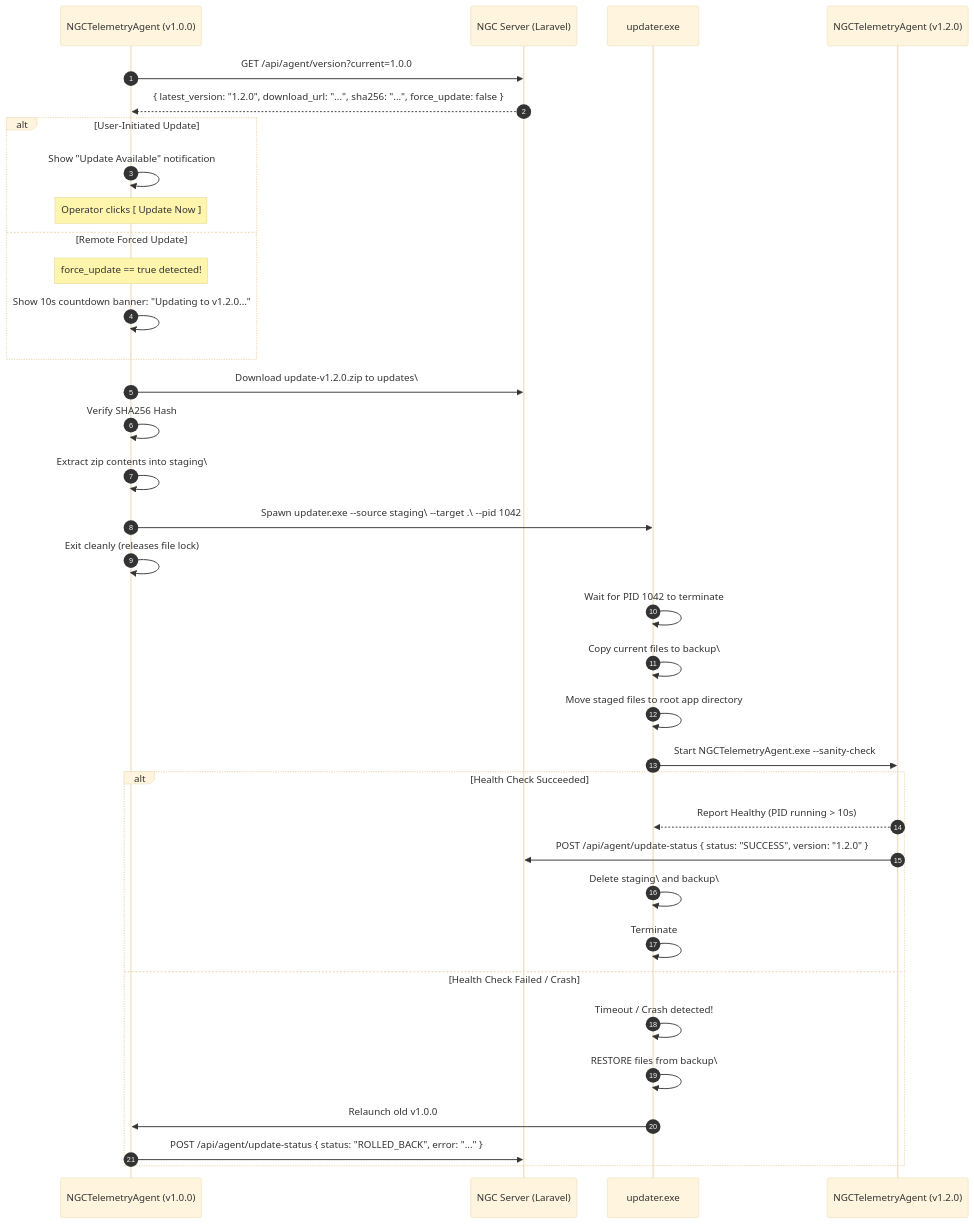
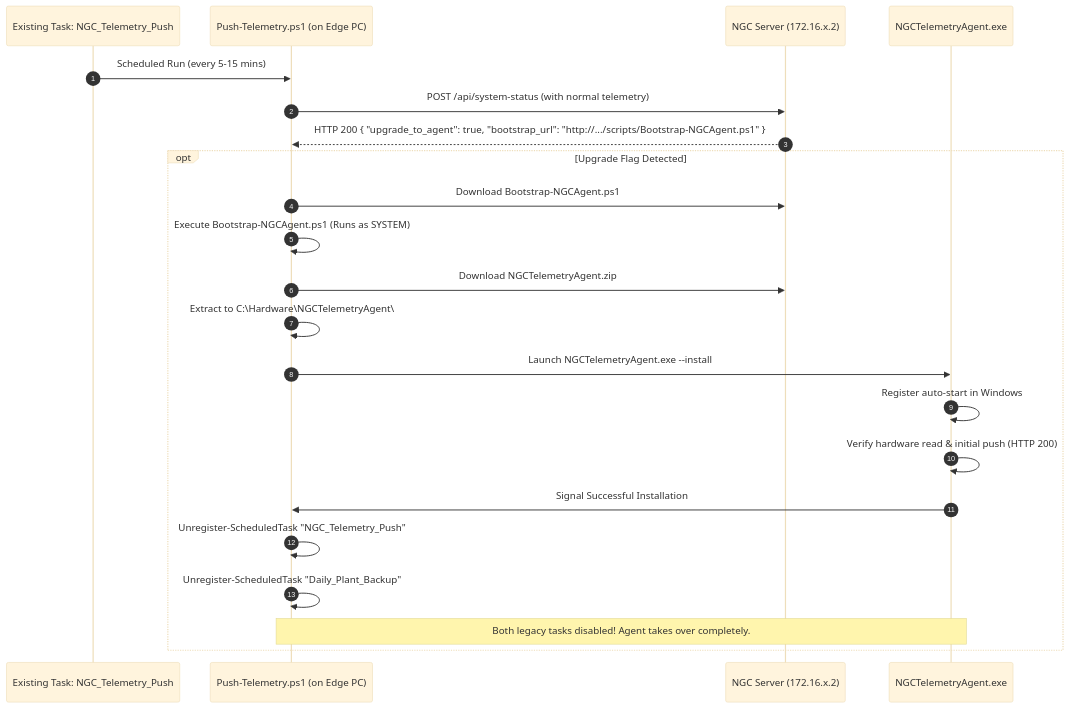
Before and after one commit to mirulaan/NGCDashboard: the diagram in plan.md, drawn with Mermaid (base theme). The commit also changed other lines of this file and 15 other files, not shown here.

First line of the commit message:
feat: add zero-touch fleet rollout, daily backup integration, and C# agent foundation

````diff
--- a/plan.md
+++ b/plan.md
@@ -210,42 +221,26 @@
 ```mermaid
 sequenceDiagram
     autonumber
-    participant App as NGCTelemetryAgent (v1.0.0)
-    participant Server as NGC Server (Laravel)
-    participant Updater as updater.exe
-    participant NewApp as NGCTelemetryAgent (v1.2.0)
+    participant Task as Existing Task: NGC_Telemetry_Push
+    participant Script as Push-Telemetry.ps1 (on Edge PC)
+    participant Server as NGC Server (172.16.x.2)
+    participant Agent as NGCTelemetryAgent.exe
 
-    App->>Server: GET /api/agent/version?current=1.0.0
-    Server-->>App: { latest_version: "1.2.0", download_url: "...", sha256: "...", force_update: false }
-    
-    alt User-Initiated Update
-        App->>App: Show "Update Available" notification
-        Note over App: Operator clicks [ Update Now ]
-    else Remote Forced Update
-        Note over App: force_update == true detected!
-        App->>App: Show 10s countdown banner: "Updating to v1.2.0..."
-    end
+    Task->>Script: Scheduled Run (every 5-15 mins)
+    Script->>Server: POST /api/system-status (with normal telemetry)
+    Server-->>Script: HTTP 200 { "upgrade_to_agent": true, "bootstrap_url": "http://.../scripts/Bootstrap-NGCAgent.ps1" }
 
-    App->>Server: Download update-v1.2.0.zip to updates\
-    App->>App: Verify SHA256 Hash
-    App->>App: Extract zip contents into staging\
-    App->>Updater: Spawn updater.exe --source staging\ --target .\ --pid 1042
-    App->>App: Exit cleanly (releases file lock)
-
-    Updater->>Updater: Wait for PID 1042 to terminate
-    Updater->>Updater: Copy current files to backup\
-    Updater->>Updater: Move staged files to root app directory
-    Updater->>NewApp: Start NGCTelemetryAgent.exe --sanity-check
-
-    alt Health Check Succeeded
-        NewApp-->>Updater: Report Healthy (PID running > 10s)
-        NewApp->>Server: POST /api/agent/update-status { status: "SUCCESS", version: "1.2.0" }
-        Updater->>Updater: Delete staging\ and backup\
-        Updater->>Updater: Terminate
-    else Health Check Failed / Crash
-        Updater->>Updater: Timeout / Crash detected!
-        Updater->>Updater: RESTORE files from backup\
-        Updater->>App: Relaunch old v1.0.0
-        App->>Server: POST /api/agent/update-status { status: "ROLLED_BACK", error: "..." }
+    opt Upgrade Flag Detected
+        Script->>Server: Download Bootstrap-NGCAgent.ps1
+        Script->>Script: Execute Bootstrap-NGCAgent.ps1 (Runs as SYSTEM)
+        Script->>Server: Download NGCTelemetryAgent.zip
+        Script->>Script: Extract to C:\Hardware\NGCTelemetryAgent\
+        Script->>Agent: Launch NGCTelemetryAgent.exe --install
+        Agent->>Agent: Register auto-start in Windows
+        Agent->>Agent: Verify hardware read & initial push (HTTP 200)
+        Agent->>Script: Signal Successful Installation
+        Script->>Script: Unregister-ScheduledTask "NGC_Telemetry_Push"
+        Script->>Script: Unregister-ScheduledTask "Daily_Plant_Backup"
+        Note over Script,Agent: Both legacy tasks disabled! Agent takes over completely.
     end
 ```
````
